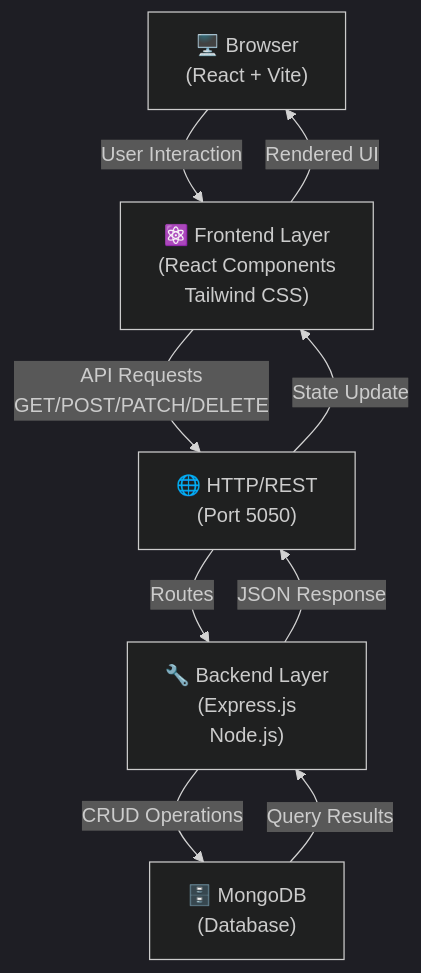
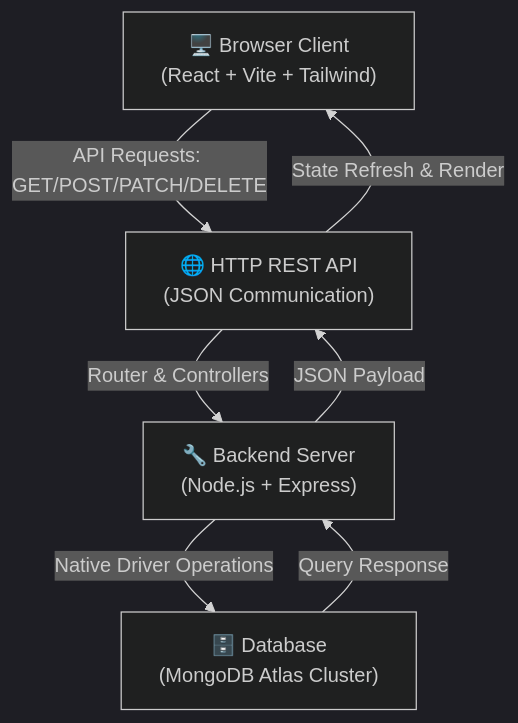
The diagram in README.md (prawinkumar2k/day-2-mern-stack-class-employee-management-system), drawn with Mermaid (dark theme) before and after one commit. The commit also changed other lines of this file and 29 other files, not shown here.

````diff
--- a/README.md
+++ b/README.md
@@ -46,17 +21,14 @@
 ```mermaid
-graph TB
-    Client["🖥️ Browser<br/>(React + Vite)"]
-    Frontend["⚛️ Frontend Layer<br/>(React Components<br/>Tailwind CSS)"]
-    Network["🌐 HTTP/REST<br/>(Port 5050)"]
-    Backend["🔧 Backend Layer<br/>(Express.js<br/>Node.js)"]
-    Database["🗄️ MongoDB<br/>(Database)"]
+graph TD
+    Client["🖥️ Browser Client<br/>(React + Vite + Tailwind)"]
+    Network["🌐 HTTP REST API<br/>(JSON Communication)"]
+    Backend["🔧 Backend Server<br/>(Node.js + Express)"]
+    Database["🗄️ Database<br/>(MongoDB Atlas Cluster)"]
     
-    Client -->|User Interaction| Frontend
-    Frontend -->|API Requests<br/>GET/POST/PATCH/DELETE| Network
-    Network -->|Routes| Backend
-    Backend -->|CRUD Operations| Database
-    Database -->|Query Results| Backend
-    Backend -->|JSON Response| Network
-    Network -->|State Update| Frontend
-    Frontend -->|Rendered UI| Client
+    Client -->|API Requests: GET/POST/PATCH/DELETE| Network
+    Network -->|Router & Controllers| Backend
+    Backend -->|Native Driver Operations| Database
+    Database -->|Query Response| Backend
+    Backend -->|JSON Payload| Network
+    Network -->|State Refresh & Render| Client
 ```
````
